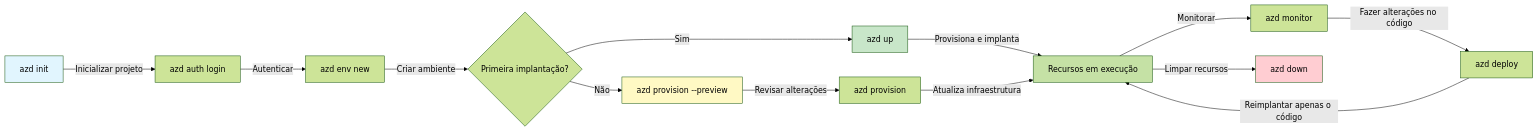
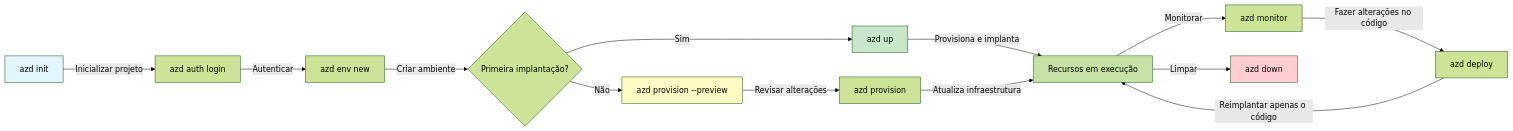
The first of 2 diagrams in translations/pt-BR/docs/chapter-01-foundation/azd-basics.md (microsoft/AZD-for-beginners), drawn with Mermaid (forest theme) before and after one commit. The commit also changed other lines of this file and 101 other files, not shown here.

````diff
--- a/translations/pt-BR/docs/chapter-01-foundation/azd-basics.md
+++ b/translations/pt-BR/docs/chapter-01-foundation/azd-basics.md
@@ -269,21 +269,21 @@
 ```mermaid
 graph LR
     A[azd init] -->|Inicializar projeto| B[azd auth login]
     B -->|Autenticar| C[azd env new]
     C -->|Criar ambiente| D{Primeira implantação?}
     D -->|Sim| E[azd up]
     D -->|Não| F[azd provision --preview]
     F -->|Revisar alterações| G[azd provision]
     E -->|Provisiona e implanta| H[Recursos em execução]
     G -->|Atualiza infraestrutura| H
     H -->|Monitorar| I[azd monitor]
     I -->|Fazer alterações no código| J[azd deploy]
     J -->|Reimplantar apenas o código| H
-    H -->|Limpar recursos| K[azd down]
+    H -->|Limpar| K[azd down]
     
     style A fill:#e1f5fe
     style E fill:#c8e6c9
     style F fill:#fff9c4
     style H fill:#c5e1a5
     style K fill:#ffcdd2
 ```
````
